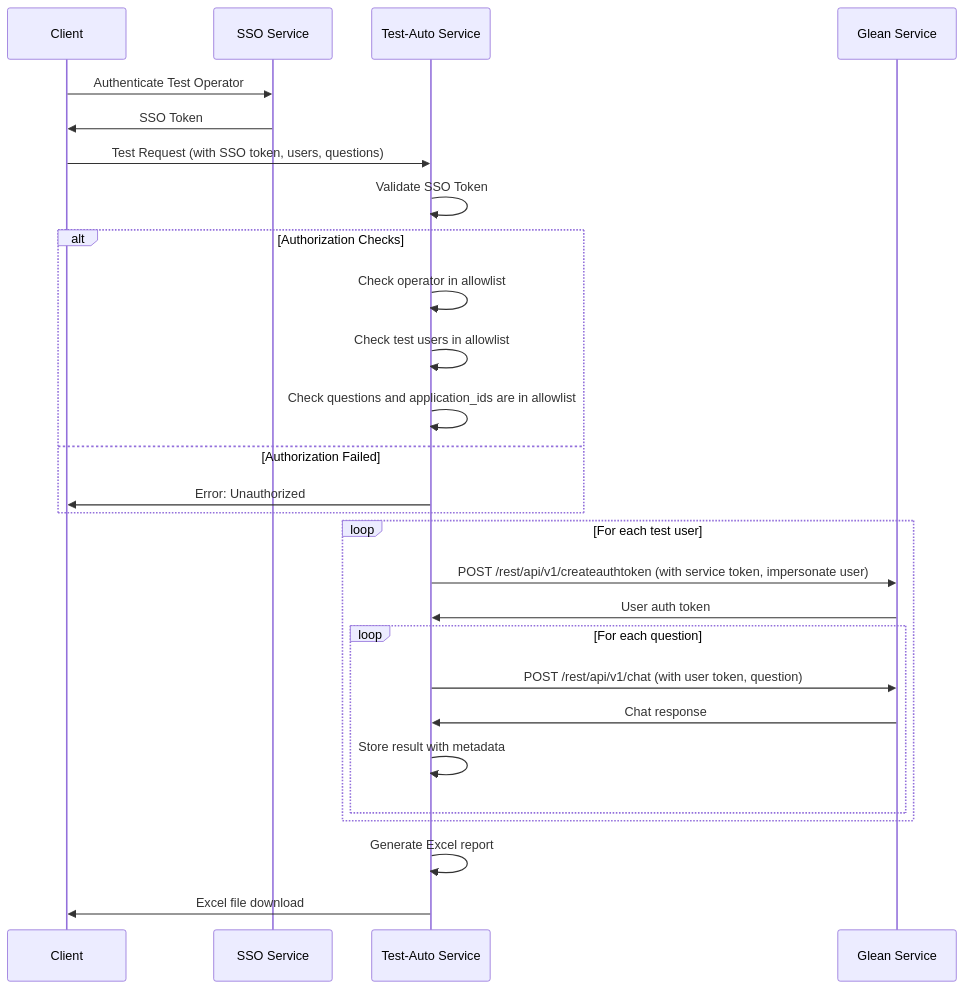
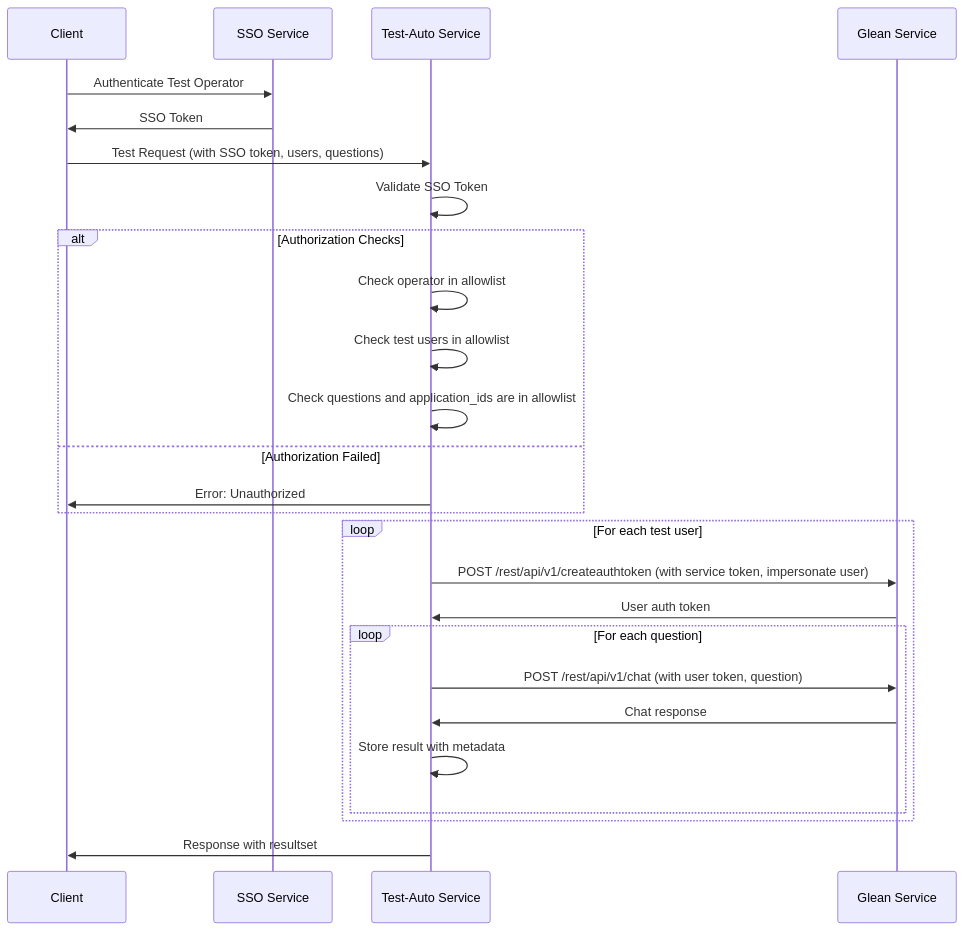
The second of 2 diagrams in test-automation-architecture-new.md (andrewhzy/test-automation), drawn with Mermaid before and after one commit. The commit also changed other lines of this file, not shown here.

````diff
--- a/test-automation-architecture-new.md
+++ b/test-automation-architecture-new.md
@@ -50,33 +48,32 @@
 ```mermaid
 sequenceDiagram
     participant C as Client
     participant SSO as SSO Service
     participant TA as Test-Auto Service
     participant G as Glean Service
     
     C->>SSO: Authenticate Test Operator
     SSO->>C: SSO Token
     C->>TA: Test Request (with SSO token, users, questions)
     TA->>TA: Validate SSO Token
     
     alt Authorization Checks
         TA->>TA: Check operator in allowlist
         TA->>TA: Check test users in allowlist
         TA->>TA: Check questions and application_ids are in allowlist
     else Authorization Failed
         TA->>C: Error: Unauthorized
     end
     
     loop For each test user
         TA->>G: POST /rest/api/v1/createauthtoken (with service token, impersonate user)
         G->>TA: User auth token
         loop For each question
             TA->>G: POST /rest/api/v1/chat (with user token, question)
             G->>TA: Chat response
             TA->>TA: Store result with metadata
         end
     end
-    
-    TA->>TA: Generate Excel report
-    TA->>C: Excel file download
+
+    TA->>C: Response with resultset
 ```
````
